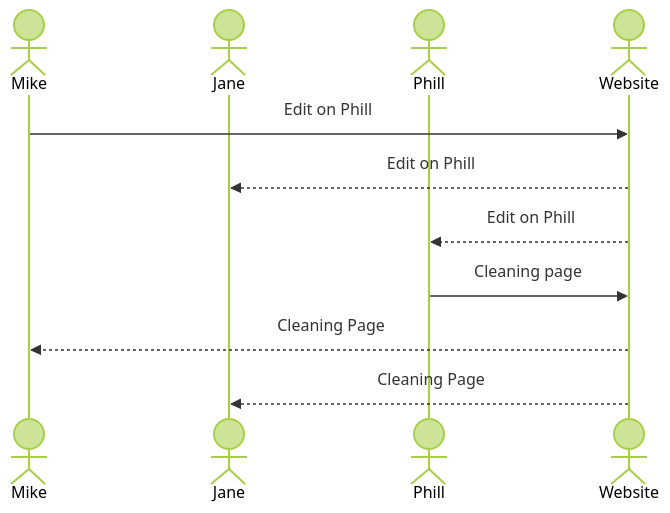
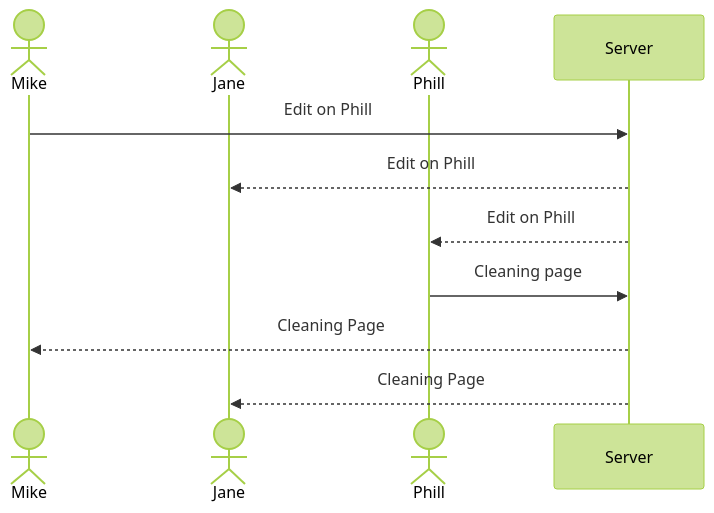
Before and after one commit to Chanmanb/Startup: the diagram in README.md, drawn with Mermaid (forest theme).

Commit message:
Hopefully made Website person into a Server box in the diagram

````diff
--- a/README.md
+++ b/README.md
@@ -31,14 +31,13 @@
 ```mermaid
 sequenceDiagram
     actor Mike
     actor Jane
     actor Phill
-    actor Website
-    Mike->>Website: Edit on Phill
-    Website -->>Jane: Edit on Phill
-    Website -->>Phill: Edit on Phill
-    Phill->>Website: Cleaning page
-    Website -->>Mike: Cleaning Page
-    Website -->>Jane: Cleaning Page
+    Mike->>Server: Edit on Phill
+    Server -->>Jane: Edit on Phill
+    Server -->>Phill: Edit on Phill
+    Phill->>Server: Cleaning page
+    Server -->>Mike: Cleaning Page
+    Server -->>Jane: Cleaning Page
     
 ```
````
